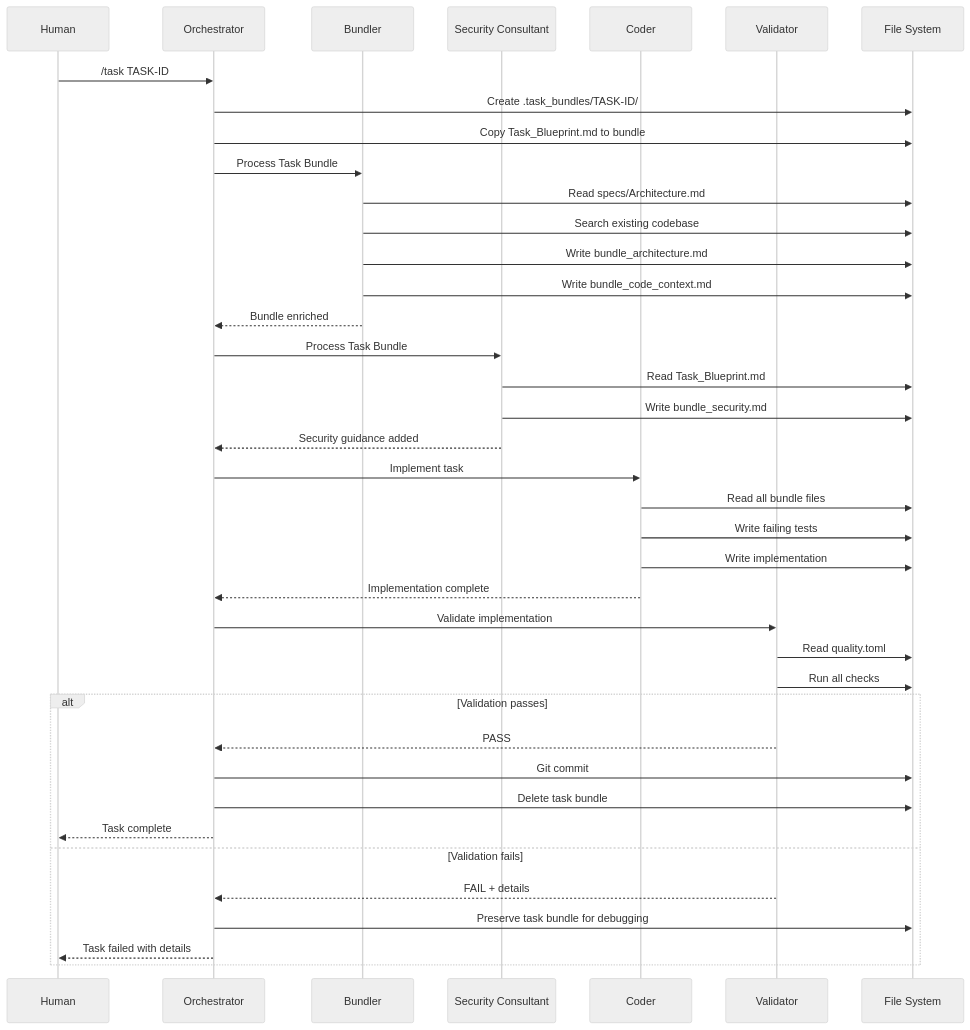
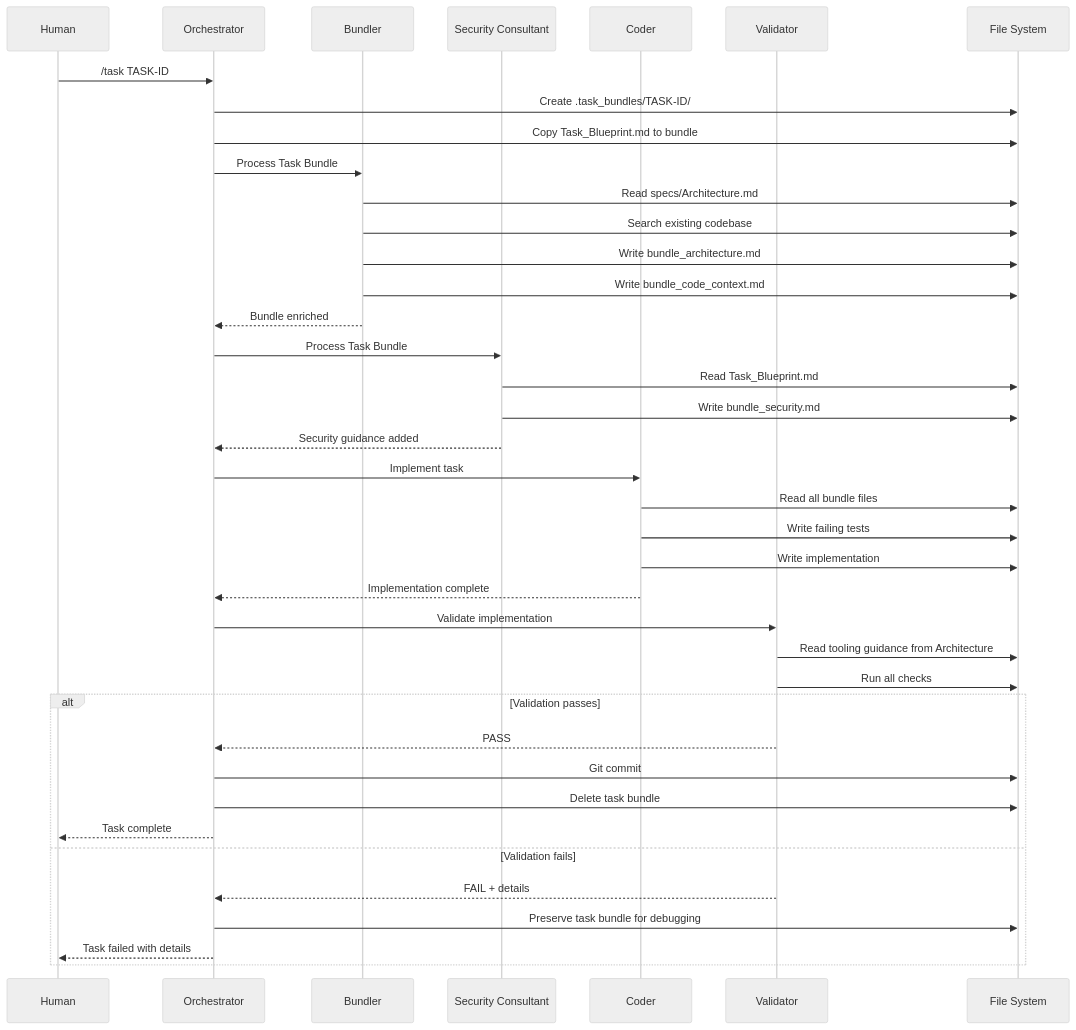
Before and after one commit to kpiteira/spec-driven-development: the third of 3 diagrams in project_sdd_on_claude/2_Architecture.md, drawn with Mermaid (neutral theme). The commit also changed other lines of this file and 4 other files, not shown here.

First line of the commit message:
Remove legacy quality.toml system in favor of architecture-based tooling

````diff
--- a/project_sdd_on_claude/2_Architecture.md
+++ b/project_sdd_on_claude/2_Architecture.md
@@ -593,46 +592,46 @@
 ```mermaid
 sequenceDiagram
     participant H as Human
     participant O as Orchestrator
     participant B as Bundler
     participant S as Security Consultant
     participant C as Coder
     participant V as Validator
     participant FS as File System
 
     H->>O: /task TASK-ID
     O->>FS: Create .task_bundles/TASK-ID/
     O->>FS: Copy Task_Blueprint.md to bundle
     
     O->>B: Process Task Bundle
     B->>FS: Read specs/Architecture.md
     B->>FS: Search existing codebase
     B->>FS: Write bundle_architecture.md
     B->>FS: Write bundle_code_context.md
     B-->>O: Bundle enriched
     
     O->>S: Process Task Bundle
     S->>FS: Read Task_Blueprint.md
     S->>FS: Write bundle_security.md
     S-->>O: Security guidance added
     
     O->>C: Implement task
     C->>FS: Read all bundle files
     C->>FS: Write failing tests
     C->>FS: Write implementation
     C-->>O: Implementation complete
     
     O->>V: Validate implementation
-    V->>FS: Read quality.toml
+    V->>FS: Read tooling guidance from Architecture
     V->>FS: Run all checks
     alt Validation passes
         V-->>O: PASS
         O->>FS: Git commit
         O->>FS: Delete task bundle
         O-->>H: Task complete
     else Validation fails
         V-->>O: FAIL + details
         O->>FS: Preserve task bundle for debugging
         O-->>H: Task failed with details
     end
 ```
````
